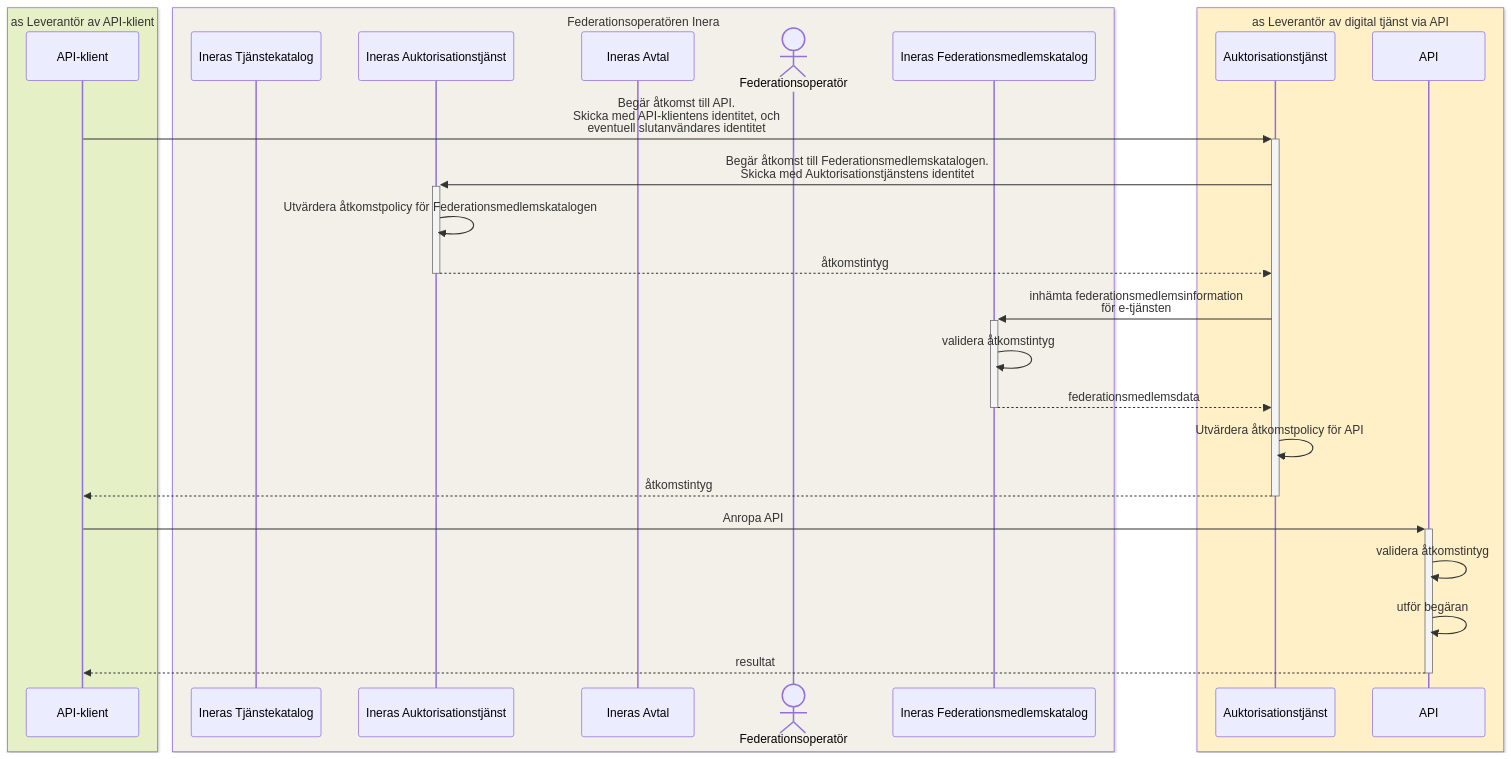
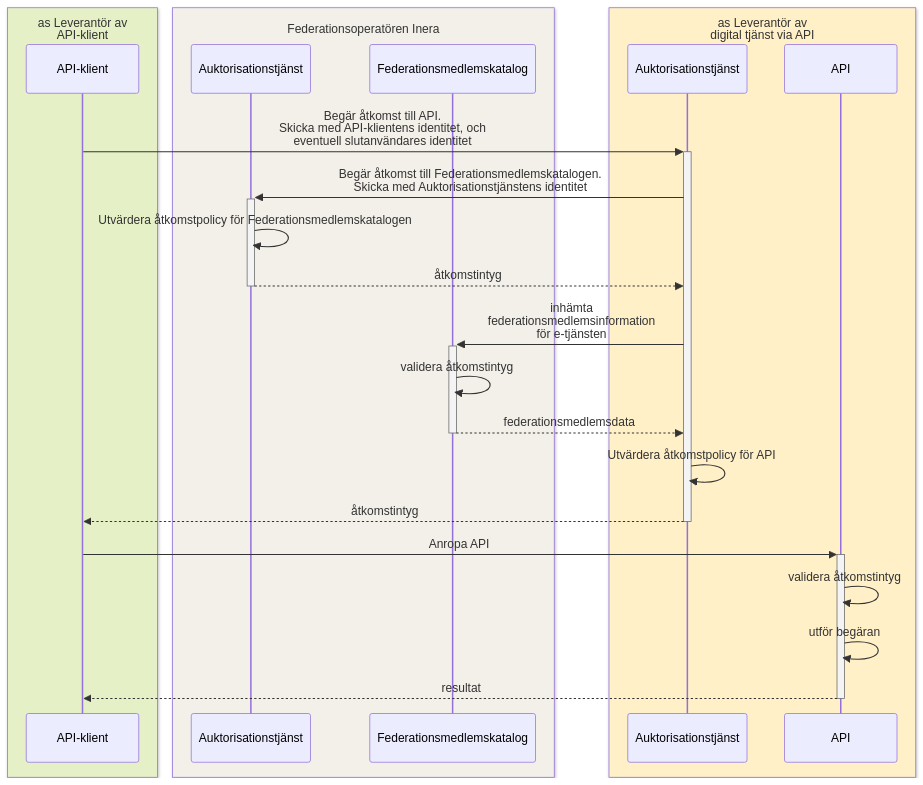
One commit to anders-malmros-inera/t2mmd changed the diagram in pocSequenceDiagram_interaction.mmd. Above: the diagram before and after it, drawn with Mermaid. The commit also changed 2 other files, not shown here.

```diff
--- a/pocSequenceDiagram_interaction.mmd
+++ b/pocSequenceDiagram_interaction.mmd
@@ -1,35 +1,35 @@
 sequenceDiagram
-  box rgb(230, 240, 199) as Leverantör av API-klient
+  box rgb(230, 240, 199) as Leverantör av <br/>API-klient
     participant c as API-klient
   end
   box rgb(242, 240,233) Federationsoperatören Inera
-    participant tak as Ineras Tjänstekatalog
-    participant ias as Ineras Auktorisationstjänst
-    participant ia as Ineras Avtal
-    actor fu as Federationsoperatör
-    participant f as Ineras Federationsmedlemskatalog
+    %participant tak as Tjänstekatalog
+    participant ias as Auktorisationstjänst
+    %%participant ia as Avtalsrepo
+    %%actor fu as Federationsoperatör
+    participant f as Federationsmedlemskatalog
   end
-  box rgb(256, 240, 200) as Leverantör av digital tjänst via API
+  box rgb(256, 240, 200) as Leverantör av<br/>digital tjänst via API
     participant as as Auktorisationstjänst
     participant rs as API
   end
 
 
 
   c ->>+ as: Begär åtkomst till API. <br/>Skicka med API-klientens identitet, och<br/>eventuell slutanvändares identitet
   
   as ->>+ ias: Begär åtkomst till Federationsmedlemskatalogen. <br/>Skicka med Auktorisationstjänstens identitet
   ias ->> ias: Utvärdera åtkomstpolicy för Federationsmedlemskatalogen
   ias -->>- as: åtkomstintyg
   
-  as ->>+ f: inhämta federationsmedlemsinformation <br/> för e-tjänsten
+  as ->>+ f: inhämta<br/>federationsmedlemsinformation <br/> för e-tjänsten
   f ->> f: validera åtkomstintyg
   f -->>- as: federationsmedlemsdata
   
   as ->> as: Utvärdera åtkomstpolicy för API
   as -->>- c: åtkomstintyg
   
   c ->>+ rs: Anropa API
   rs ->> rs: validera åtkomstintyg
   rs ->> rs: utför begäran
   rs -->>- c: resultat
```
